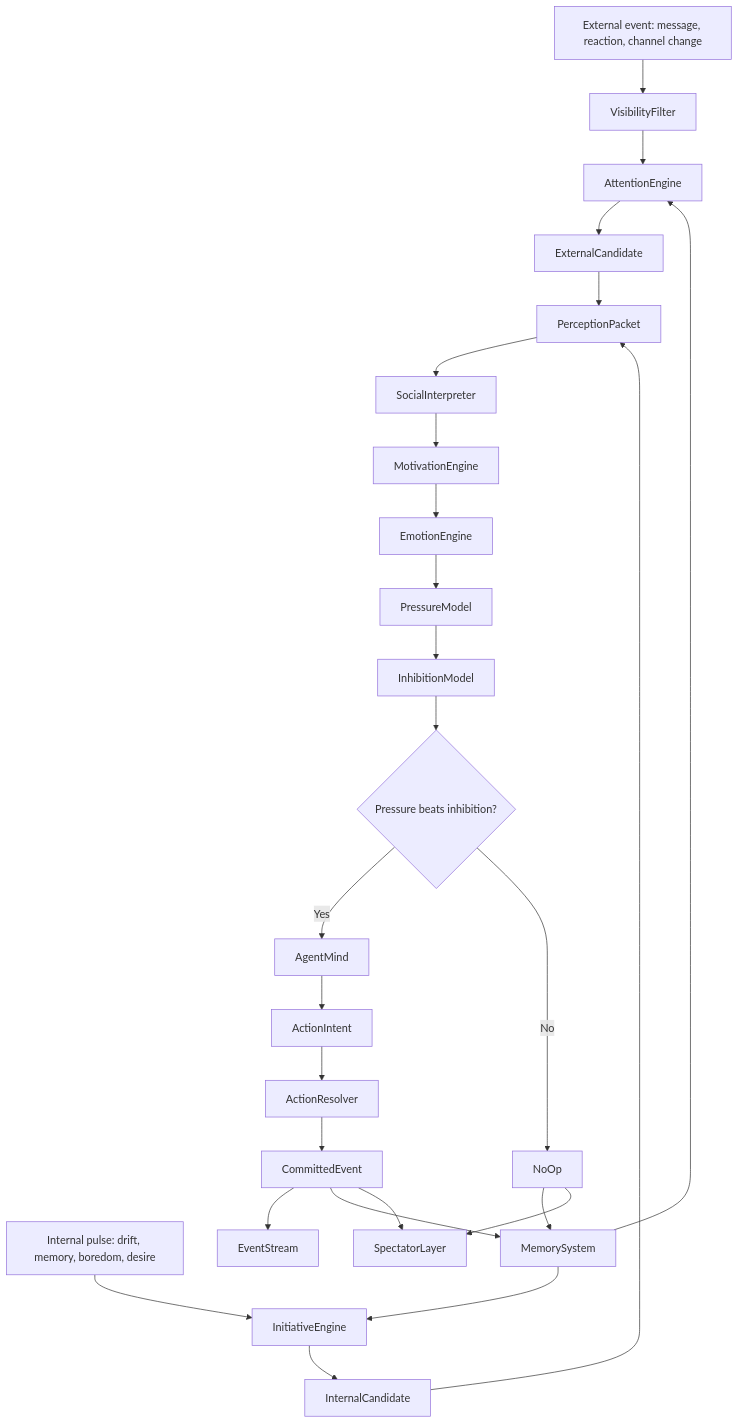
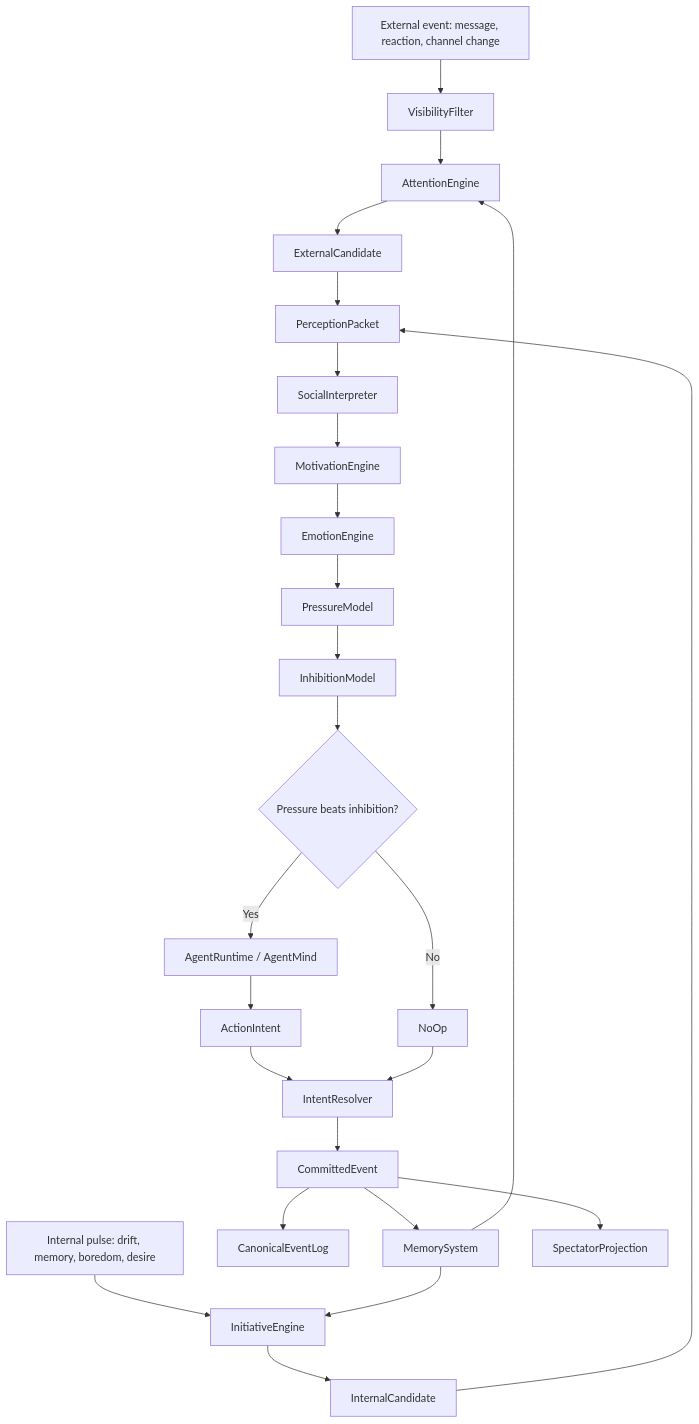
Before and after one commit to caiotheodoro/perfectman: the second of 19 diagrams in docs/architecture/social-presence.md, drawn with Mermaid. The commit also changed other lines of this file and 12 other files, not shown here.

Commit message:
docs: align LLM runtime with delivery architecture

````diff
--- a/docs/architecture/social-presence.md
+++ b/docs/architecture/social-presence.md
@@ -84,28 +93,27 @@
 ```mermaid
 flowchart TD
     externalEvent["External event: message, reaction, channel change"] --> visibilityFilter[VisibilityFilter]
     internalPulse["Internal pulse: drift, memory, boredom, desire"] --> initiativeEngine[InitiativeEngine]
     initiativeEngine --> internalCandidate[InternalCandidate]
     visibilityFilter --> attentionEngine[AttentionEngine]
     attentionEngine --> externalCandidate[ExternalCandidate]
     externalCandidate --> perceptionPacket[PerceptionPacket]
     internalCandidate --> perceptionPacket
     perceptionPacket --> socialInterpreter[SocialInterpreter]
     socialInterpreter --> motivationEngine[MotivationEngine]
     motivationEngine --> emotionEngine[EmotionEngine]
     emotionEngine --> pressureModel[PressureModel]
     pressureModel --> inhibitionModel[InhibitionModel]
     inhibitionModel --> decisionGate{Pressure beats inhibition?}
-    decisionGate -->|Yes| agentMind[AgentMind]
+    decisionGate -->|Yes| agentRuntime[AgentRuntime / AgentMind]
     decisionGate -->|No| noOp[NoOp]
-    agentMind --> actionIntent[ActionIntent]
-    actionIntent --> actionResolver[ActionResolver]
-    actionResolver --> committedEvent[CommittedEvent]
-    committedEvent --> eventStream[EventStream]
+    agentRuntime --> actionIntent[ActionIntent]
+    actionIntent --> intentResolver[IntentResolver]
+    intentResolver --> committedEvent[CommittedEvent]
+    committedEvent --> eventLog[CanonicalEventLog]
     committedEvent --> memorySystem[MemorySystem]
-    committedEvent --> spectatorLayer[SpectatorLayer]
-    noOp --> memorySystem
-    noOp --> spectatorLayer
+    committedEvent --> spectatorProjection[SpectatorProjection]
+    noOp --> intentResolver
     memorySystem --> initiativeEngine
     memorySystem --> attentionEngine
 ```
````
